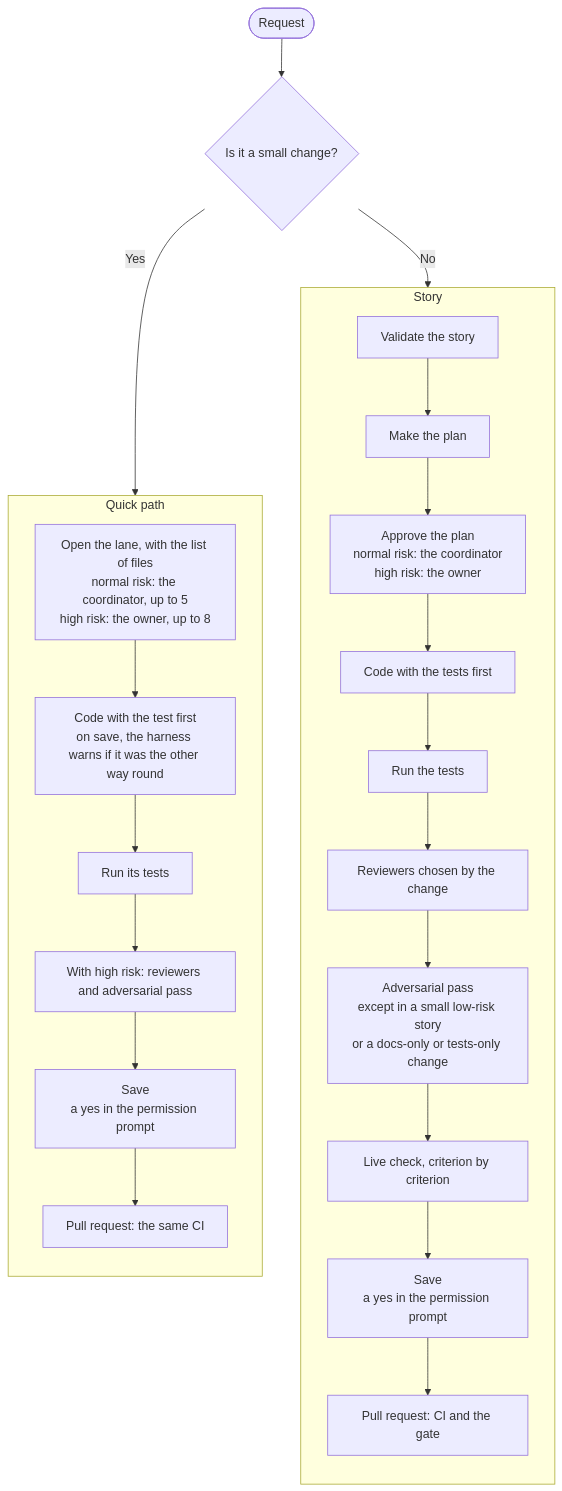
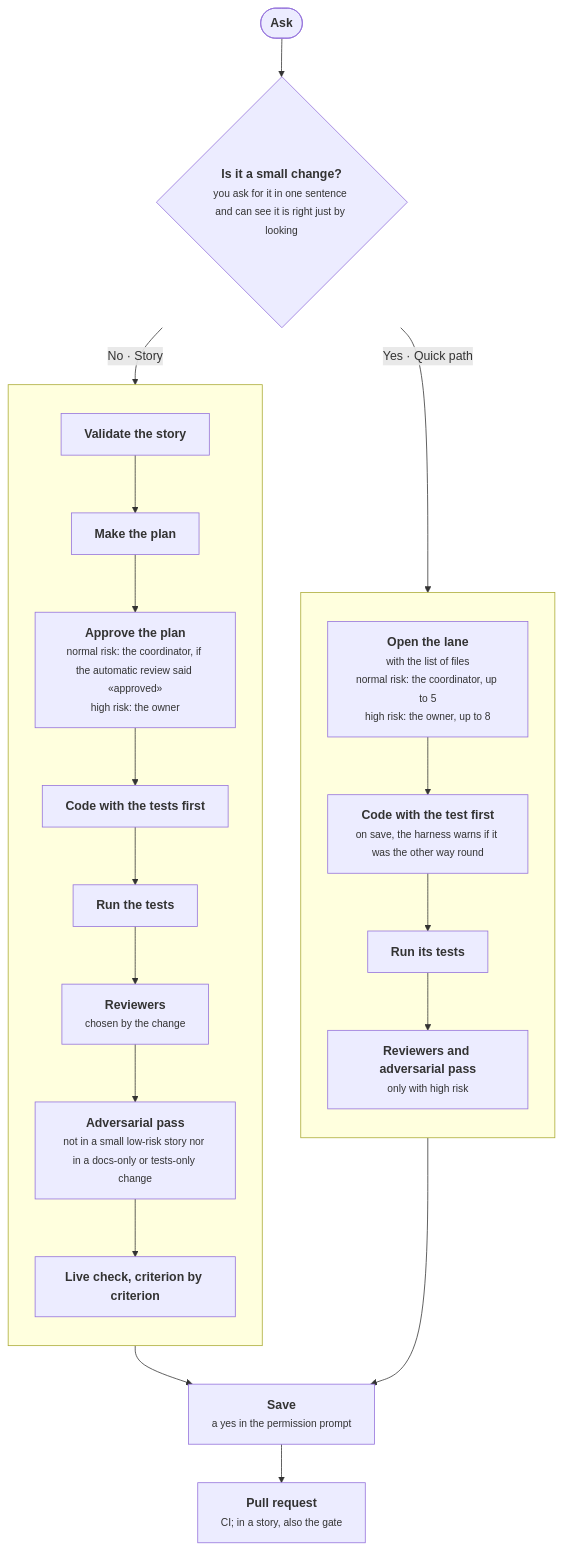
One commit to TYCON-SA/tycon-harness changed the diagram in README.md. Above: the diagram before and after it, drawn with Mermaid. The commit also changed 1 other file, not shown here.

Commit message:
docs(portada): el diagrama único, igual que el de la miniclase
Pedir arriba; el camino rápido a la izquierda y la historia a la derecha; Guardar y Pull request
una sola vez abajo, con las dos ramas llegando ahí. Títulos en negrita y aclaraciones en letra
chica, con los textos del §6 de la fuente única.

````diff
--- a/README.md
+++ b/README.md
@@ -53,26 +53,25 @@
 ```mermaid
 flowchart TB
-  request(["Request"]) --> size{"Is it a small change?"}
-  size -- "No" --> h1
-  size -- "Yes" --> r1
-  subgraph story ["Story"]
+  pedir(["<b>Ask</b>"]) --> chico{"<b>Is it a small change?</b><br/><small>you ask for it in one sentence and can see it is right just by looking</small>"}
+  chico -- "Yes · Quick path" --> r1
+  chico -- "No · Story" --> h1
+  subgraph rapido [" "]
     direction TB
-    h1["Validate the story"] --> h2["Make the plan"]
-    h2 --> h3["Approve the plan<br/>normal risk: the coordinator<br/>high risk: the owner"]
-    h3 --> h4["Code with the tests first"]
-    h4 --> h5["Run the tests"]
-    h5 --> h6["Reviewers chosen by the change"]
-    h6 --> h7["Adversarial pass<br/>except in a small low-risk story<br/>or a docs-only or tests-only change"]
-    h7 --> h8["Live check, criterion by criterion"]
-    h8 --> h9["Save<br/>a yes in the permission prompt"]
-    h9 --> h10["Pull request: CI and the gate"]
+    r1["<b>Open the lane</b><br/><small>with the list of files<br/>normal risk: the coordinator, up to 5<br/>high risk: the owner, up to 8</small>"] --> r2["<b>Code with the test first</b><br/><small>on save, the harness warns if it was the other way round</small>"]
+    r2 --> r3["<b>Run its tests</b>"]
+    r3 --> r4["<b>Reviewers and adversarial pass</b><br/><small>only with high risk</small>"]
   end
-  subgraph quick ["Quick path"]
+  subgraph historia [" "]
     direction TB
-    r1["Open the lane, with the list of files<br/>normal risk: the coordinator, up to 5<br/>high risk: the owner, up to 8"] --> r2["Code with the test first<br/>on save, the harness warns if it was the other way round"]
-    r2 --> r2b["Run its tests"]
-    r2b --> r3["With high risk: reviewers and adversarial pass"]
-    r3 --> r4["Save<br/>a yes in the permission prompt"]
-    r4 --> r5["Pull request: the same CI"]
+    h1["<b>Validate the story</b>"] --> h2["<b>Make the plan</b>"]
+    h2 --> h3["<b>Approve the plan</b><br/><small>normal risk: the coordinator, if the automatic review said «approved»<br/>high risk: the owner</small>"]
+    h3 --> h4["<b>Code with the tests first</b>"]
+    h4 --> h5["<b>Run the tests</b>"]
+    h5 --> h6["<b>Reviewers</b><br/><small>chosen by the change</small>"]
+    h6 --> h7["<b>Adversarial pass</b><br/><small>not in a small low-risk story nor in a docs-only or tests-only change</small>"]
+    h7 --> h8["<b>Live check, criterion by criterion</b>"]
   end
+  r4 --> g1["<b>Save</b><br/><small>a yes in the permission prompt</small>"]
+  h8 --> g1
+  g1 --> g2["<b>Pull request</b><br/><small>CI#59; in a story, also the gate</small>"]
 ```
````
